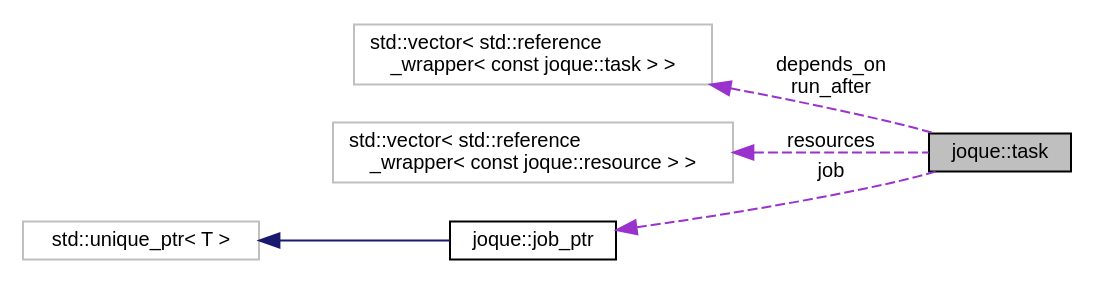
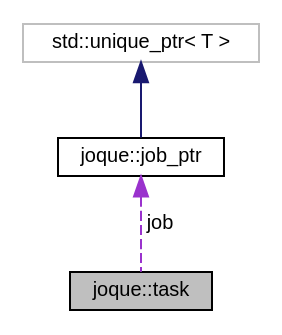
One commit to koniarik/joque changed the diagram in structjoque_1_1task__coll__graph.dot. Above: the diagram before and after it, drawn with Graphviz. The commit also changed 270 other files, not shown here.

```diff
--- a/structjoque_1_1task__coll__graph.dot
+++ b/structjoque_1_1task__coll__graph.dot
@@ -1,16 +1,11 @@
 digraph "joque::task"
 {
  // LATEX_PDF_SIZE
   edge [fontname="Helvetica",fontsize="10",labelfontname="Helvetica",labelfontsize="10"];
   node [fontname="Helvetica",fontsize="10",shape=record];
-  rankdir="LR";
   Node1 [label="joque::task",height=0.2,width=0.4,color="black", fillcolor="grey75", style="filled", fontcolor="black",tooltip="Single task that should be executed by the system."];
-  Node2 -> Node1 [dir="back",color="darkorchid3",fontsize="10",style="dashed",label=" depends_on\nrun_after" ,fontname="Helvetica"];
-  Node2 [label="std::vector\< std::reference\l_wrapper\< const joque::task \> \>",height=0.2,width=0.4,color="grey75", fillcolor="white", style="filled",tooltip=" "];
-  Node3 -> Node1 [dir="back",color="darkorchid3",fontsize="10",style="dashed",label=" resources" ,fontname="Helvetica"];
-  Node3 [label="std::vector\< std::reference\l_wrapper\< const joque::resource \> \>",height=0.2,width=0.4,color="grey75", fillcolor="white", style="filled",tooltip=" "];
-  Node4 -> Node1 [dir="back",color="darkorchid3",fontsize="10",style="dashed",label=" job" ,fontname="Helvetica"];
-  Node4 [label="joque::job_ptr",height=0.2,width=0.4,color="black", fillcolor="white", style="filled",URL="$structjoque_1_1job__ptr.html",tooltip="Custom unique_ptr wrapper that simplifies syntax of tasks."];
-  Node5 -> Node4 [dir="back",color="midnightblue",fontsize="10",style="solid",fontname="Helvetica"];
-  Node5 [label="std::unique_ptr\< T \>",height=0.2,width=0.4,color="grey75", fillcolor="white", style="filled",tooltip=" "];
+  Node2 -> Node1 [dir="back",color="darkorchid3",fontsize="10",style="dashed",label=" job" ,fontname="Helvetica"];
+  Node2 [label="joque::job_ptr",height=0.2,width=0.4,color="black", fillcolor="white", style="filled",URL="$structjoque_1_1job__ptr.html",tooltip="Custom unique_ptr wrapper that simplifies syntax of tasks."];
+  Node3 -> Node2 [dir="back",color="midnightblue",fontsize="10",style="solid",fontname="Helvetica"];
+  Node3 [label="std::unique_ptr\< T \>",height=0.2,width=0.4,color="grey75", fillcolor="white", style="filled",tooltip=" "];
 }
```
